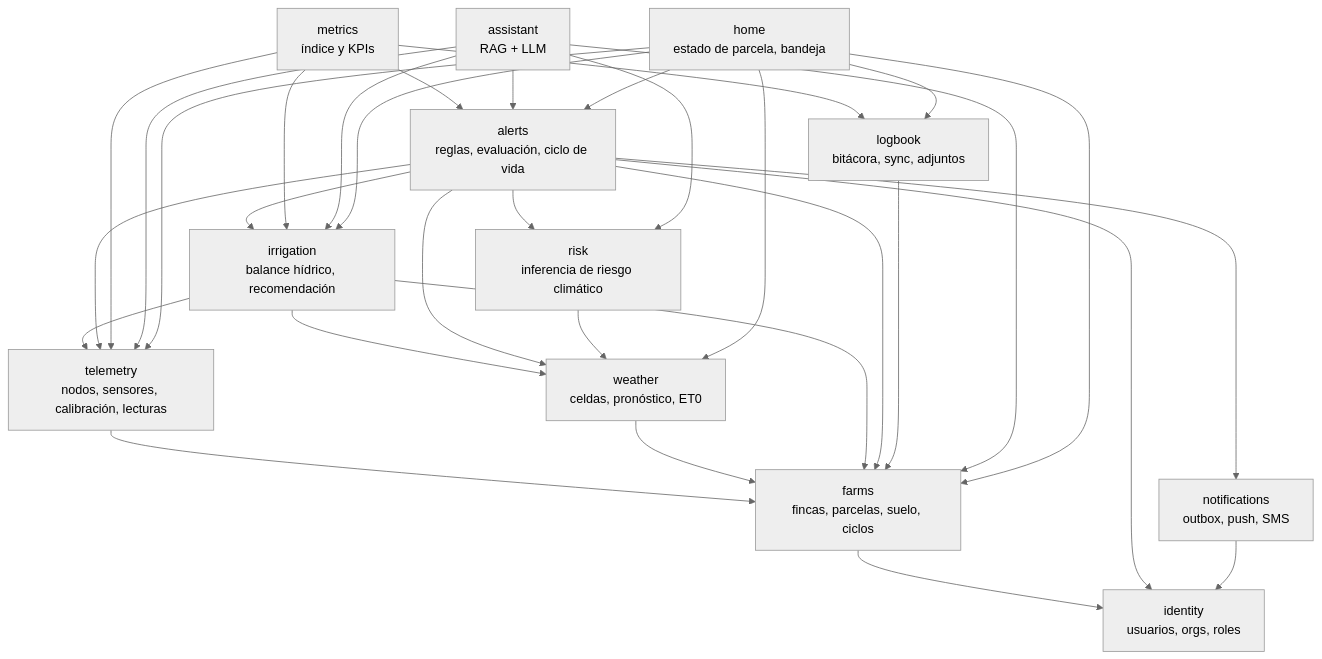
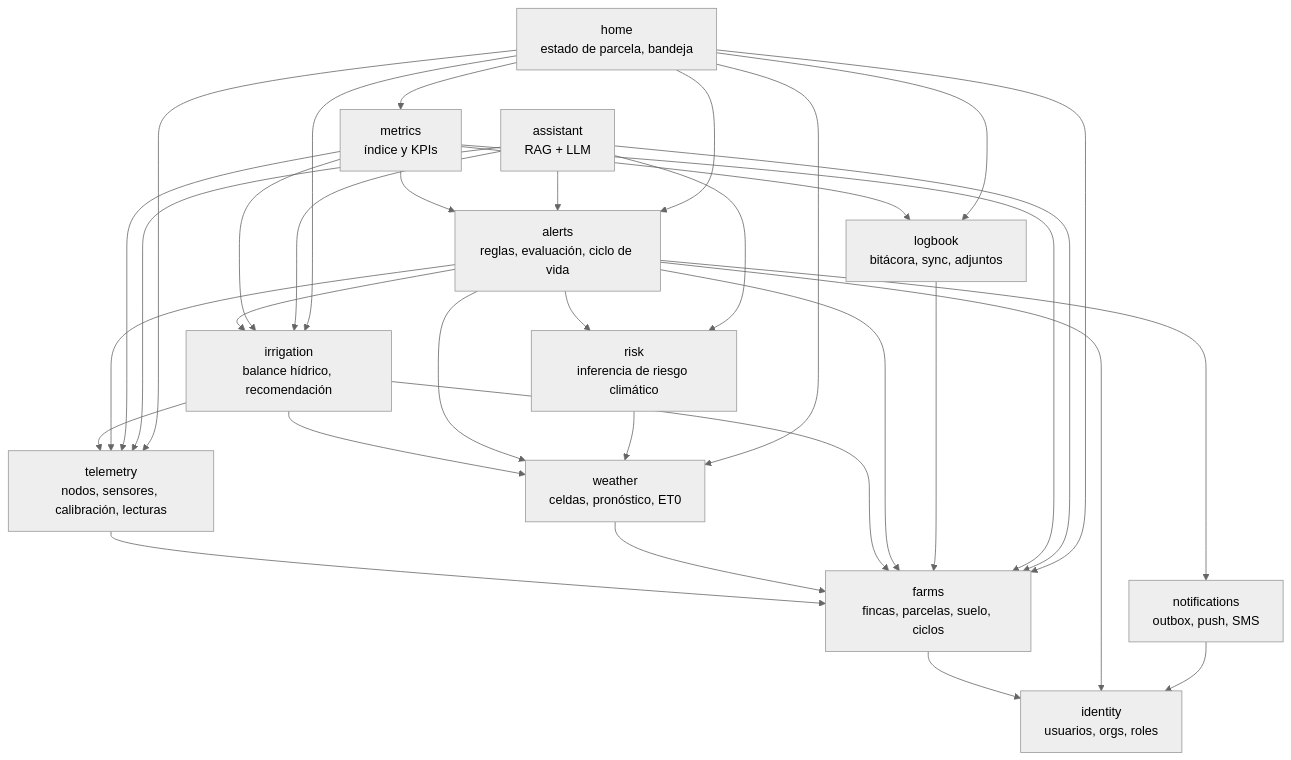
One commit to jab16jy/techcamp-v2 changed the third of 6 diagrams in docs/05-arquitectura.md. Above: the diagram before and after it, drawn with Mermaid (neutral theme). The commit also changed other lines of this file and 5 other files, not shown here.

````diff
--- a/docs/05-arquitectura.md
+++ b/docs/05-arquitectura.md
@@ -89,47 +89,49 @@
 ```mermaid
 flowchart TB
   identity[identity<br/>usuarios, orgs, roles]
   farms[farms<br/>fincas, parcelas, suelo, ciclos]
   telemetry[telemetry<br/>nodos, sensores, calibración, lecturas]
   weather[weather<br/>celdas, pronóstico, ET0]
   irrigation[irrigation<br/>balance hídrico, recomendación]
   alerts[alerts<br/>reglas, evaluación, ciclo de vida]
   notifications[notifications<br/>outbox, push, SMS]
   logbook[logbook<br/>bitácora, sync, adjuntos]
   risk[risk<br/>inferencia de riesgo climático]
   metrics[metrics<br/>índice y KPIs]
   assistant[assistant<br/>RAG + LLM]
   home[home<br/>estado de parcela, bandeja]
 
   farms --> identity
   telemetry --> farms
   weather --> farms
   irrigation --> farms
   irrigation --> weather
   irrigation --> telemetry
   alerts --> farms
   alerts --> identity
   alerts --> telemetry
   alerts --> weather
   alerts --> irrigation
   alerts --> risk
   alerts --> notifications
   notifications --> identity
   logbook --> farms
   risk --> weather
   metrics --> telemetry
   metrics --> logbook
   metrics --> alerts
   metrics --> irrigation
+  metrics --> farms
   assistant --> farms
   assistant --> telemetry
   assistant --> irrigation
   assistant --> alerts
   assistant --> risk
   home --> farms
   home --> telemetry
   home --> weather
   home --> irrigation
   home --> alerts
   home --> logbook
+  home --> metrics
 ```
````
